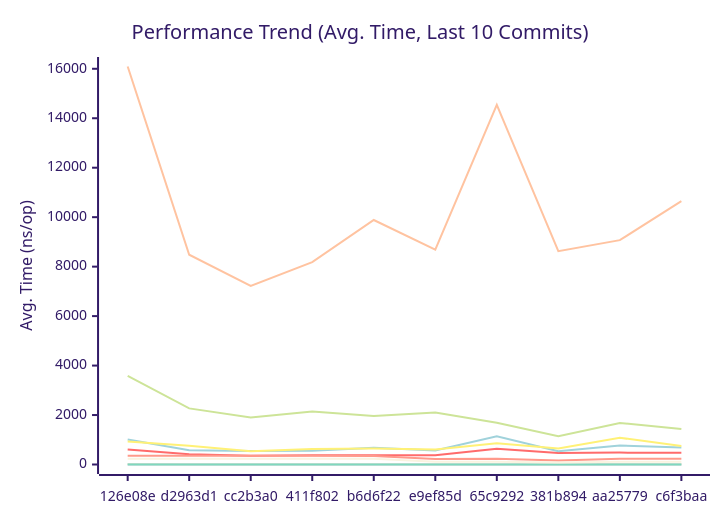
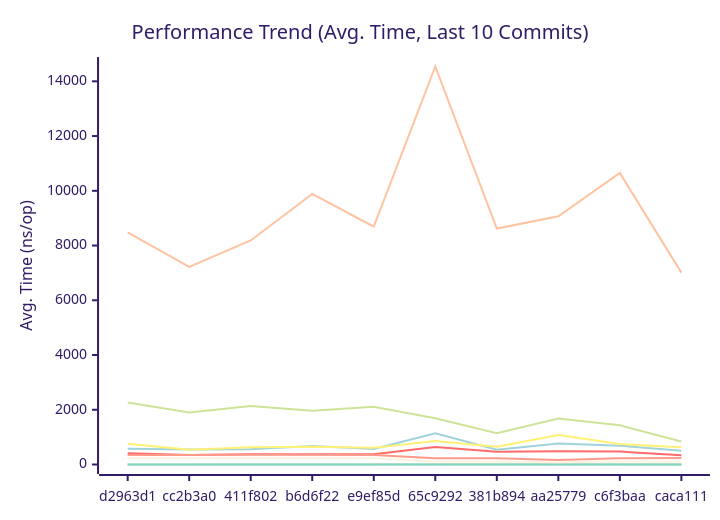
One commit to alsotoes/momo changed the first of 3 diagrams in docs/PERFORMANCE.md. Above: the diagram before and after it, drawn with Mermaid (forest theme). The commit also changed other lines of this file and 3 other files, not shown here.

````diff
--- a/docs/PERFORMANCE.md
+++ b/docs/PERFORMANCE.md
@@ -128,18 +128,18 @@
 ```mermaid
 xychart-beta
     title "Performance Trend (Avg. Time, Last 10 Commits)"
     x-axis "Commit"
     y-axis "Avg. Time (ns/op)"
-    x-axis [126e08e,d2963d1,cc2b3a0,411f802,b6d6f22,e9ef85d,65c9292,381b894,aa25779,c6f3baa]
-    line "CheckMetricsAndSwap" [17,13,11,11,9,9,14,13,17,12]
-    line "CrushOptimized" [611,411,349,375,375,377,635,462,481,472]
-    line "CrushOriginal" [1014,574,546,560,677,563,1141,538,771,688]
-    line "IndexDirectTracking" [1,0,0,0,1,0,1,1,0,1]
-    line "IndexSearch" [3,2,2,2,2,2,4,3,4,4]
-    line "LoadGlobalConfig" [16092,8480,7218,8185,9886,8691,14541,8623,9070,10649]
-    line "PadString" [4,3,2,3,3,3,3,3,3,3]
+    x-axis [d2963d1,cc2b3a0,411f802,b6d6f22,e9ef85d,65c9292,381b894,aa25779,c6f3baa,caca111]
+    line "CheckMetricsAndSwap" [13,11,11,9,9,14,13,17,12,10]
+    line "CrushOptimized" [411,349,375,375,377,635,462,481,472,342]
+    line "CrushOriginal" [574,546,560,677,563,1141,538,771,688,503]
+    line "IndexDirectTracking" [0,0,0,1,0,1,1,0,1,0]
+    line "IndexSearch" [2,2,2,2,2,4,3,4,4,3]
+    line "LoadGlobalConfig" [8480,7218,8185,9886,8691,14541,8623,9070,10649,7011]
+    line "PadString" [3,2,3,3,3,3,3,3,3,2]
     line "ParseReplicationOrder_NoPrealloc" [350,349,357,354,345,225,229,165,232,234]
     line "ParseReplicationOrder_Prealloc" [229,231,237,234,229,108,107,80,110,109]
-    line "SanitizeLog/Safe" [932,759,535,626,647,610,855,645,1080,747]
-    line "SanitizeLog/Unsafe" [3581,2269,1896,2138,1962,2106,1691,1147,1679,1432]
+    line "SanitizeLog/Safe" [759,535,626,647,610,855,645,1080,747,628]
+    line "SanitizeLog/Unsafe" [2269,1896,2138,1962,2106,1691,1147,1679,1432,841]
 ```
````
